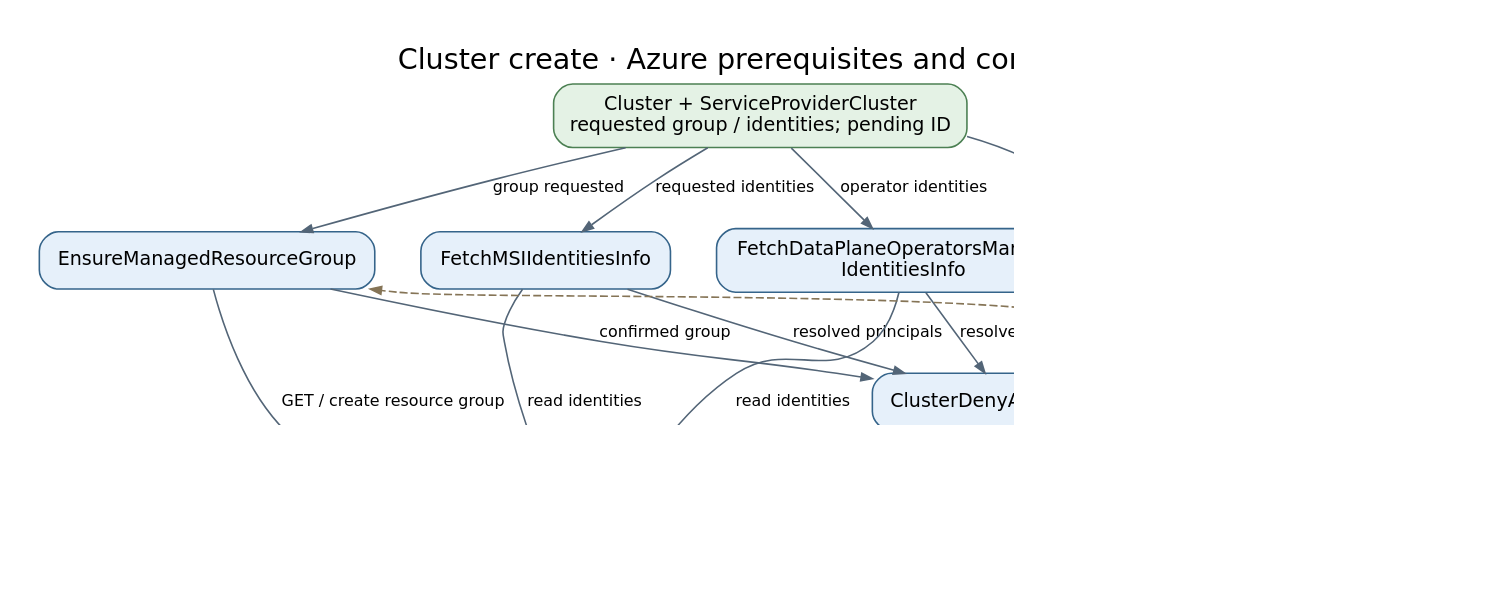
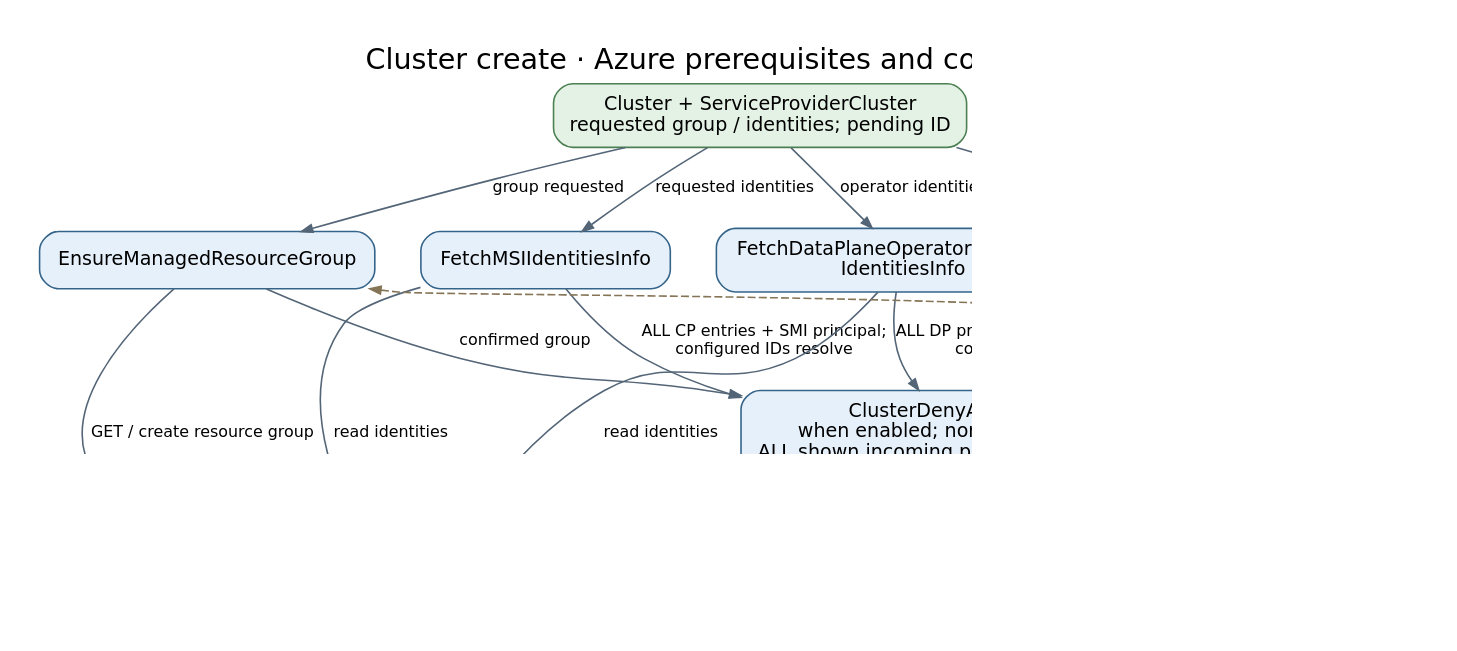
The diagram in docs/generated/diagrams/controller-flows/cluster-azure-prerequisites.dot (Azure/ARO-HCP), drawn with Graphviz before and after one commit. The commit also changed 38 other files, not shown here.

```diff
--- a/docs/generated/diagrams/controller-flows/cluster-azure-prerequisites.dot
+++ b/docs/generated/diagrams/controller-flows/cluster-azure-prerequisites.dot
@@ -1,26 +1,26 @@
 digraph cluster_azure_prerequisites {
   graph [rankdir=TB, bgcolor="white", pad="0.3", nodesep="0.4", ranksep="0.55", fontname="DejaVu Sans", fontsize=18, labelloc=t, label="Cluster create · Azure prerequisites and confirmation", dpi=110];
   node [shape=box, style="rounded,filled", fillcolor="#e6f0fa", color="#35648a", fontname="DejaVu Sans", fontsize=12, margin="0.16,0.10"];
   edge [color="#536577", fontname="DejaVu Sans", fontsize=10, arrowsize=0.7];
   state [label="Cluster + ServiceProviderCluster\nrequested group / identities; pending ID", fillcolor="#e4f2e5", color="#4c8053"];
   mrg [label="EnsureManagedResourceGroup", fillcolor="#e6f0fa", color="#35648a"];
   msi [label="FetchMSIIdentitiesInfo", fillcolor="#e6f0fa", color="#35648a"];
   dp [label="FetchDataPlaneOperatorsManaged\nIdentitiesInfo", fillcolor="#e6f0fa", color="#35648a"];
-  deny [label="ClusterDenyAssignment", fillcolor="#e6f0fa", color="#35648a"];
+  deny [label="ClusterDenyAssignment\nwhen enabled; nondeleting cluster\nALL shown incoming prerequisites required", fillcolor="#e6f0fa", color="#35648a"];
   azure [label="Azure group / identities / \ndenies", fillcolor="#fff0da", color="#b27624"];
   ready [label="Deny creation precondition satisfied\nno pending + nonempty confirmed\nEarliestRecheckTime set", fillcolor="#e4f2e5", color="#4c8053"];
   state -> mrg [label="group requested"];
   state -> msi [label="requested identities"];
   state -> dp [label="operator identities"];
   state -> deny [label="pending or confirmed ID"];
   mrg -> azure [label="GET / create resource group"];
   msi -> azure [label="read identities"];
   dp -> azure [label="read identities"];
   mrg -> deny [label="confirmed group"];
-  msi -> deny [label="resolved principals"];
-  dp -> deny [label="resolved principals"];
+  msi -> deny [label="ALL CP entries + SMI principal;\nconfigured IDs resolve"];
+  dp -> deny [label="ALL DP principals; no retrieval errors;\nconfigured IDs resolve"];
   deny -> azure [label="GET / PUT / delete stale\ndenies"];
   deny -> ready [label="persist confirmed state"];
   azure -> mrg [label="observe provisioning; retry\n10s", style=dashed, color="#857456", constraint=false];
   azure -> deny [label="verify / periodic recheck", style=dashed, color="#857456", constraint=false];
 }
```
